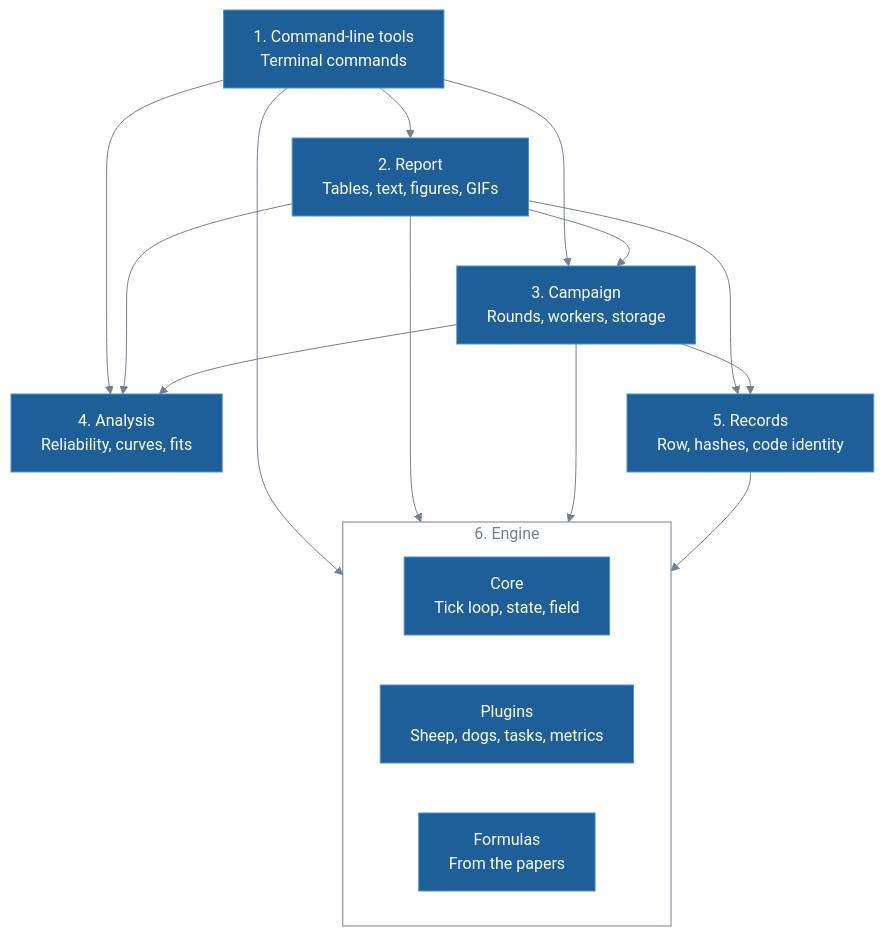
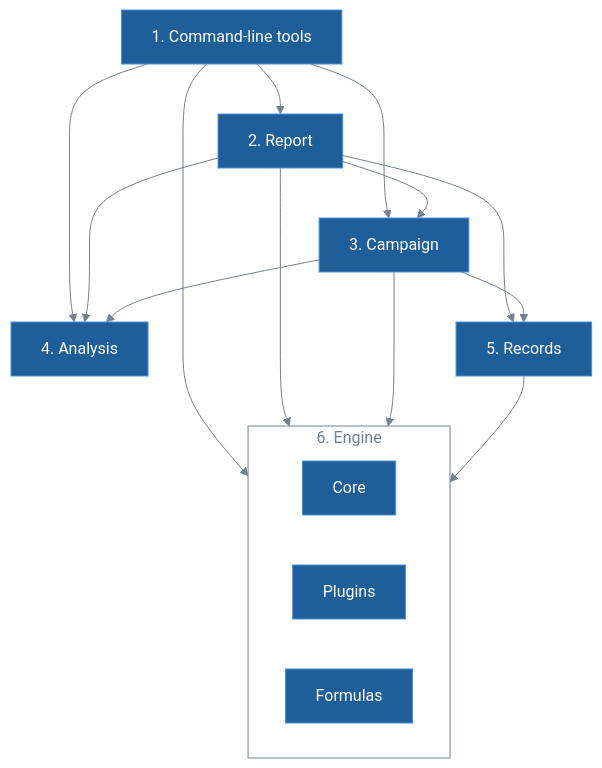
Before and after one commit to lykimq/HerdSim: the second of 3 diagrams in docs/codes/architecture.md, drawn with Mermaid. The commit also changed other lines of this file and 60 other files, not shown here.

````diff
--- a/docs/codes/architecture.md
+++ b/docs/codes/architecture.md
@@ -46,27 +38,27 @@
 ```mermaid
 %%{init: {"theme": "base", "themeVariables": {"primaryColor": "#1f5f99", "primaryTextColor": "#ffffff", "primaryBorderColor": "#4a90d9", "lineColor": "#75808f", "tertiaryTextColor": "#75808f", "titleColor": "#75808f", "clusterBkg": "transparent", "clusterBorder": "#75808f", "edgeLabelBackground": "transparent"}}}%%
 flowchart TB
-    tools["1. Command-line tools<br/>Terminal commands"]
-    report["2. Report<br/>Tables, text, figures, GIFs"]
-    campaign["3. Campaign<br/>Rounds, workers, storage"]
-    analysis["4. Analysis<br/>Reliability, curves, fits"]
-    records["5. Records<br/>Row, hashes, code identity"]
+    tools["1. Command-line tools"]
+    report["2. Report"]
+    campaign["3. Campaign"]
+    analysis["4. Analysis"]
+    records["5. Records"]
     subgraph engine ["6. Engine"]
-        core["Core<br/>Tick loop, state, field"]
-        plugins["Plugins<br/>Sheep, dogs, tasks, metrics"]
-        formulas["Formulas<br/>From the papers"]
+        core["Core"]
+        plugins["Plugins"]
+        formulas["Formulas"]
     end
 
     tools --> report
     tools --> campaign
     tools --> analysis
     tools --> engine
     report --> campaign
     report --> analysis
     report --> records
     report --> engine
     campaign --> analysis
     campaign --> records
     campaign --> engine
     records --> engine
 ```
````
